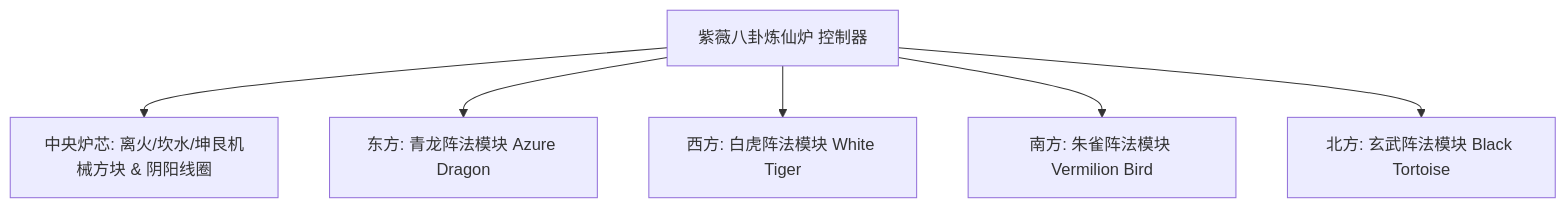
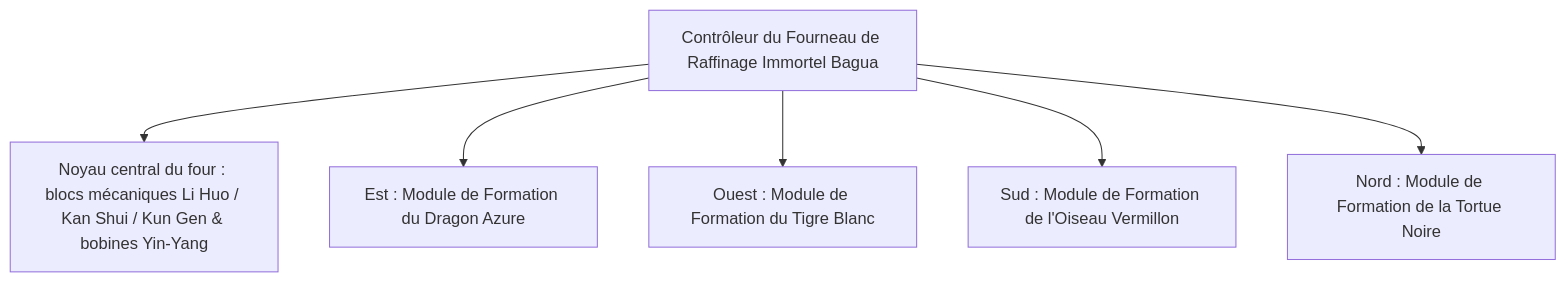
One commit to takanashisatou/GregtechEasy changed the diagram in docs/fr/gtecore/yin-yang-and-four-symbols.md. Above: the diagram before and after it, drawn with Mermaid. The commit also changed other lines of this file and 138 other files, not shown here.

````diff
--- a/docs/fr/gtecore/yin-yang-and-four-symbols.md
+++ b/docs/fr/gtecore/yin-yang-and-four-symbols.md
@@ -11,8 +11,8 @@
 ```mermaid
 graph TD
-    A[紫薇八卦炼仙炉 控制器] --> B[中央炉芯: 离火/坎水/坤艮机械方块 & 阴阳线圈]
-    A --> C[东方: 青龙阵法模块 Azure Dragon]
-    A --> D[西方: 白虎阵法模块 White Tiger]
-    A --> E[南方: 朱雀阵法模块 Vermilion Bird]
-    A --> F[北方: 玄武阵法模块 Black Tortoise]
+    A[Contrôleur du Fourneau de Raffinage Immortel Bagua] --> B[Noyau central du four : blocs mécaniques Li Huo / Kan Shui / Kun Gen & bobines Yin-Yang]
+    A --> C[Est : Module de Formation du Dragon Azure]
+    A --> D[Ouest : Module de Formation du Tigre Blanc]
+    A --> E[Sud : Module de Formation de l'Oiseau Vermillon]
+    A --> F[Nord : Module de Formation de la Tortue Noire]
 ```
````
